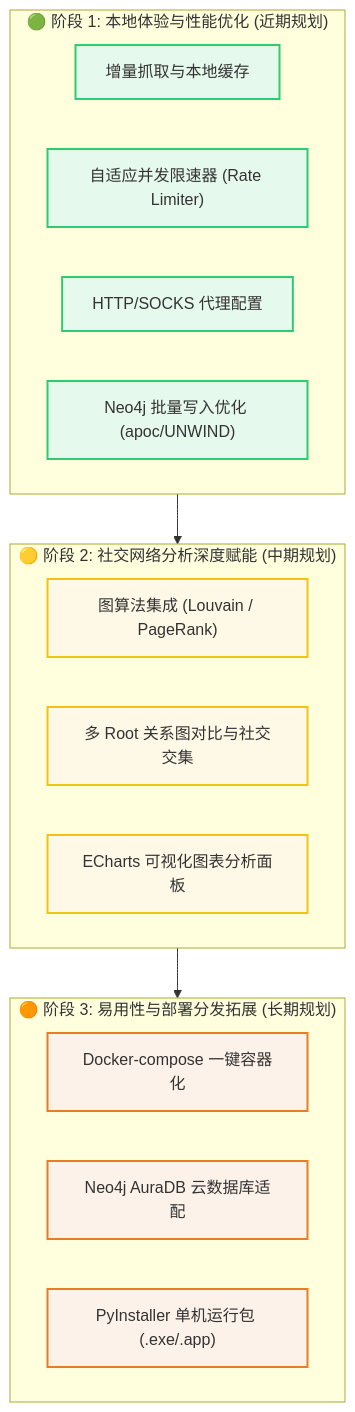
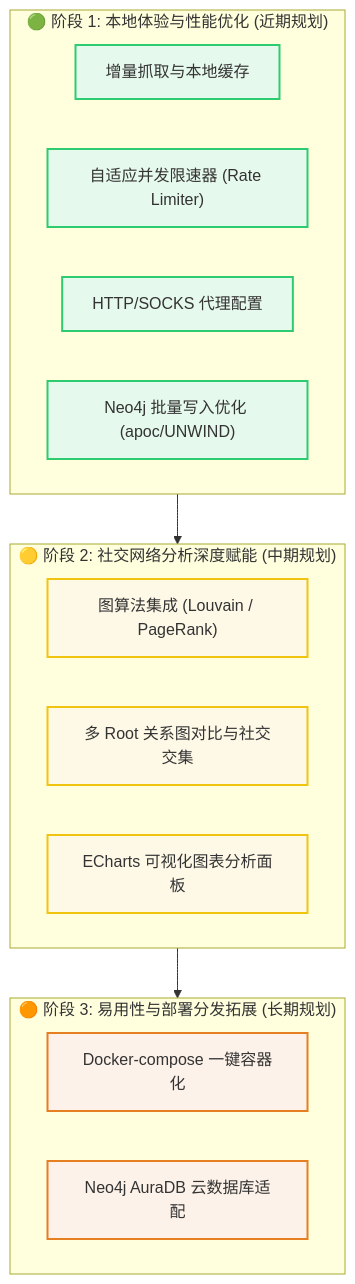
One commit to CZL-Homelab/Steam-Friend-Relationship-Map changed the diagram in roadmap.md. Above: the diagram before and after it, drawn with Mermaid. The commit also changed other lines of this file, not shown here.

First line of the commit message:
docs: 移除路线图中的桌面单机版应用打包计划 / docs: remove desktop application packaging plan from roadmap

````diff
--- a/roadmap.md
+++ b/roadmap.md
@@ -9,32 +9,31 @@
 ```mermaid
 graph TD
     classDef p1 fill:#e6f9ed,stroke:#2ecc71,stroke-width:2px;
     classDef p2 fill:#fef9e7,stroke:#f1c40f,stroke-width:2px;
     classDef p3 fill:#fdf2e9,stroke:#e67e22,stroke-width:2px;
 
     subgraph Phase1["🟢 阶段 1: 本地体验与性能优化 (近期规划)"]
         A["增量抓取与本地缓存"]
         B["自适应并发限速器 (Rate Limiter)"]
         C["HTTP/SOCKS 代理配置"]
         D["Neo4j 批量写入优化 (apoc/UNWIND)"]
     end
 
     subgraph Phase2["🟡 阶段 2: 社交网络分析深度赋能 (中期规划)"]
         E["图算法集成 (Louvain / PageRank)"]
         F["多 Root 关系图对比与社交交集"]
         G["ECharts 可视化图表分析面板"]
     end
 
     subgraph Phase3["🟠 阶段 3: 易用性与部署分发拓展 (长期规划)"]
         H["Docker-compose 一键容器化"]
         I["Neo4j AuraDB 云数据库适配"]
-        J["PyInstaller 单机运行包 (.exe/.app)"]
     end
 
     Phase1 --> Phase2
     Phase2 --> Phase3
 
     class A,B,C,D p1;
     class E,F,G p2;
-    class H,I,J p3;
+    class H,I p3;
 ```
````
